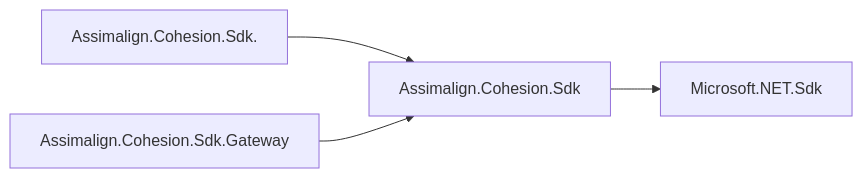
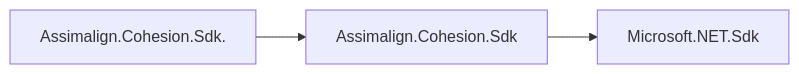
The diagram in sdks/Assimalign.Cohesion.Sdk/Tasks/docs/DESIGN.md (assimalign/cohesion), drawn with Mermaid before and after one commit. The commit also changed other lines of this file and 141 other files, not shown here.

````diff
--- a/sdks/Assimalign.Cohesion.Sdk/Tasks/docs/DESIGN.md
+++ b/sdks/Assimalign.Cohesion.Sdk/Tasks/docs/DESIGN.md
@@ -14,6 +12,5 @@
 ```mermaid
 flowchart LR
     Area["Assimalign.Cohesion.Sdk.<Area>"] --> Base["Assimalign.Cohesion.Sdk"]
-    Gateway["Assimalign.Cohesion.Sdk.Gateway"] --> Base
     Base --> DotNet["Microsoft.NET.Sdk"]
 ```
````
